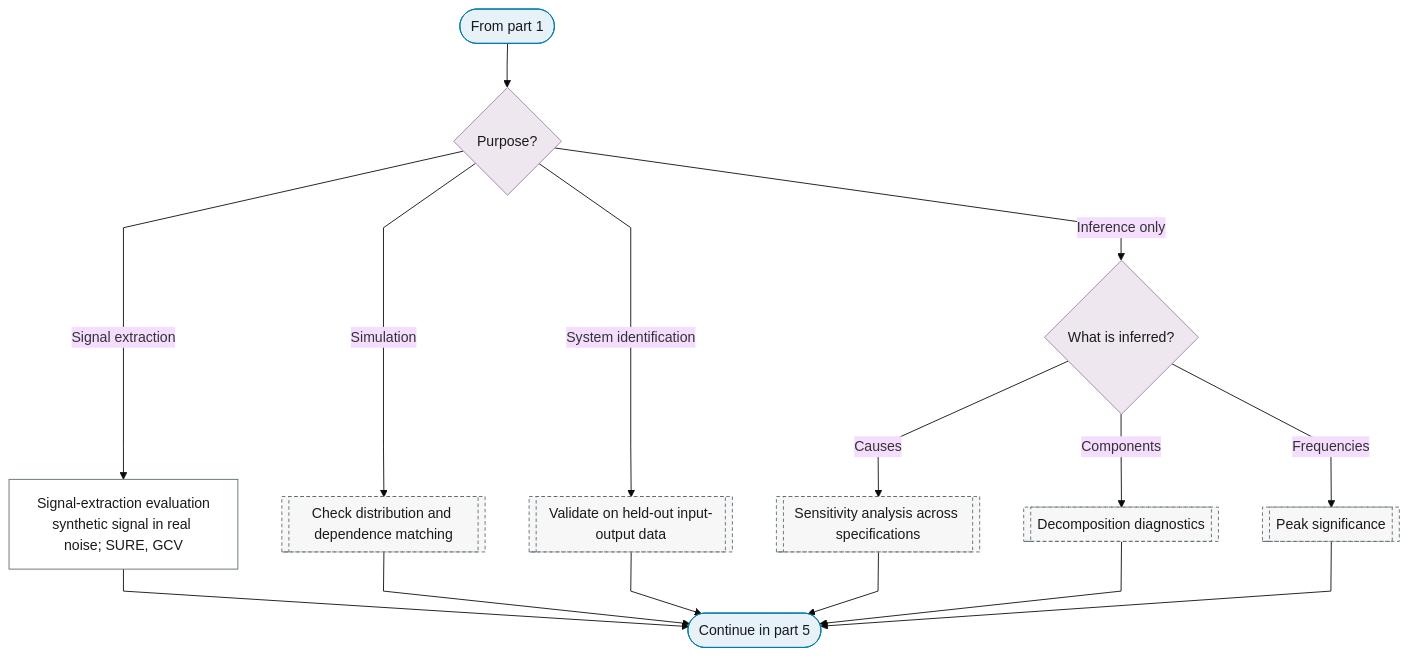
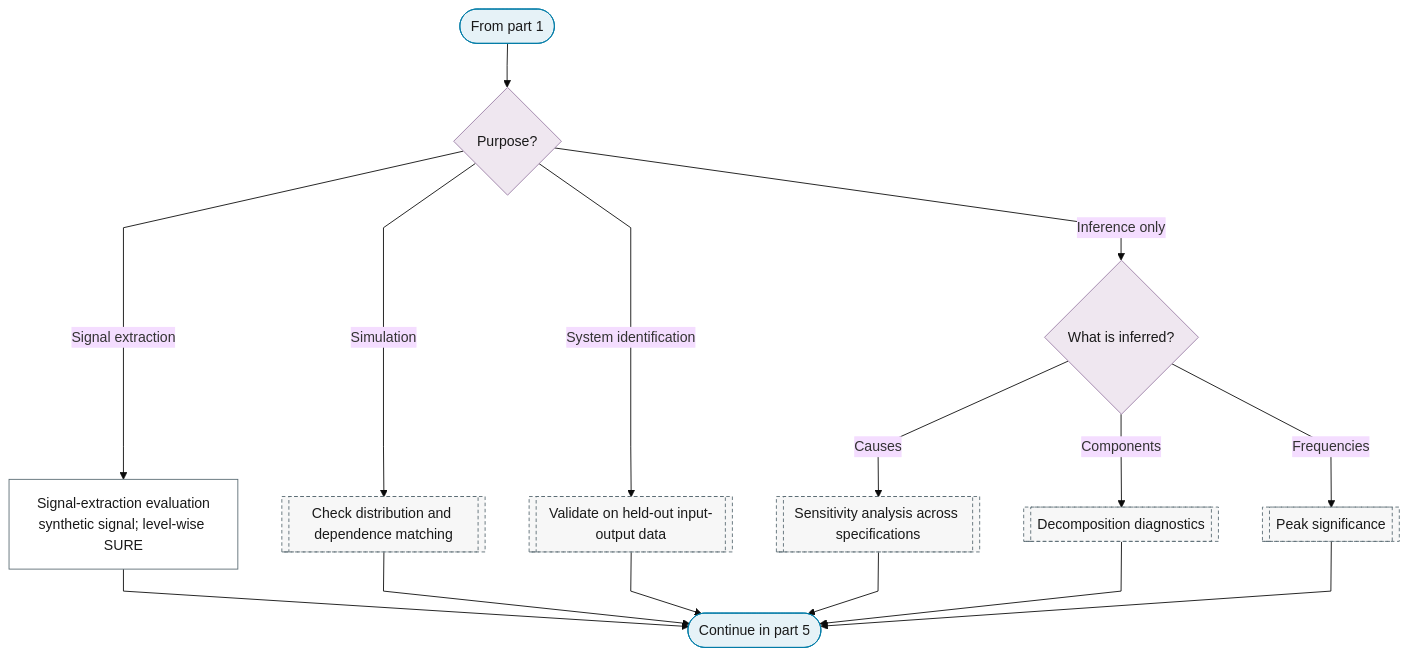
Before and after one commit to Shuxin-Y/time-series-analysis-manual: the fourth of 5 diagrams in docs/01-workflow/p10-evaluation-selection.md, drawn with Mermaid (base theme). The commit also changed 11 other files, not shown here.

````diff
--- a/docs/01-workflow/p10-evaluation-selection.md
+++ b/docs/01-workflow/p10-evaluation-selection.md
@@ -87,26 +87,26 @@
 ```mermaid
 %%{init: {"flowchart": {"curve": "linear"}}}%%
 graph TD
     P10_PART_4_IN(["From part 1"]) --> P10_OUTPUTS{"Purpose?"}
-    P10_OUTPUTS -->|"Signal extraction"| P10_SIGNAL_EVALUATION["Signal-extraction evaluation<br/>synthetic signal in real noise; SURE, GCV"]
+    P10_OUTPUTS -->|"Signal extraction"| P10_SIGNAL_EVALUATION["Signal-extraction evaluation<br/>synthetic signal; level-wise SURE"]
     P10_OUTPUTS -->|"Simulation"| P0_SM_DISTRIBUTION_MATCH[["Check distribution and dependence matching"]]
     P10_OUTPUTS -->|"System identification"| P0_SI_VALIDATION[["Validate on held-out input-output data"]]
     P10_OUTPUTS -->|"Inference only"| P10_INFERENCE_ONLY{"What is inferred?"}
     P10_INFERENCE_ONLY -->|"Causes"| P0_CA_SENSITIVITY[["Sensitivity analysis across specifications"]]
     P10_INFERENCE_ONLY -->|"Components"| P0_DC_DIAGNOSTICS[["Decomposition diagnostics"]]
     P10_INFERENCE_ONLY -->|"Frequencies"| P0_SP_PEAK_SIGNIFICANCE[["Peak significance"]]
     P10_SIGNAL_EVALUATION & P0_SM_DISTRIBUTION_MATCH & P0_SI_VALIDATION --> P10_PART_4_OUT(["Continue in part 5"])
     P0_CA_SENSITIVITY & P0_DC_DIAGNOSTICS & P0_SP_PEAK_SIGNIFICANCE --> P10_PART_4_OUT
     class P10_PART_4_IN,P10_PART_4_OUT terminator
     class P10_OUTPUTS,P10_INFERENCE_ONLY decision
     class P10_SIGNAL_EVALUATION process
     class P0_SM_DISTRIBUTION_MATCH,P0_SI_VALIDATION,P0_CA_SENSITIVITY,P0_DC_DIAGNOSTICS,P0_SP_PEAK_SIGNIFICANCE ref
     classDef terminator fill:#E6F2F7,stroke:#007BA7,color:#1A1A1A;
     classDef process fill:#FFFFFF,stroke:#5A6B73,color:#1A1A1A;
     classDef decision fill:#EFE7F0,stroke:#9B7FA7,color:#1A1A1A;
     classDef data fill:#FFF4E0,stroke:#C9A55E,color:#1A1A1A;
     classDef good fill:#DCEFD8,stroke:#4A7A3F,color:#1A1A1A;
     classDef escalate fill:#FFE9C2,stroke:#C9A55E,color:#1A1A1A;
     classDef problem fill:#F2D9DE,stroke:#800020,color:#1A1A1A;
     classDef ref fill:#F7F7F7,stroke:#5A6B73,color:#1A1A1A,stroke-dasharray:4 3;
 ```
````
